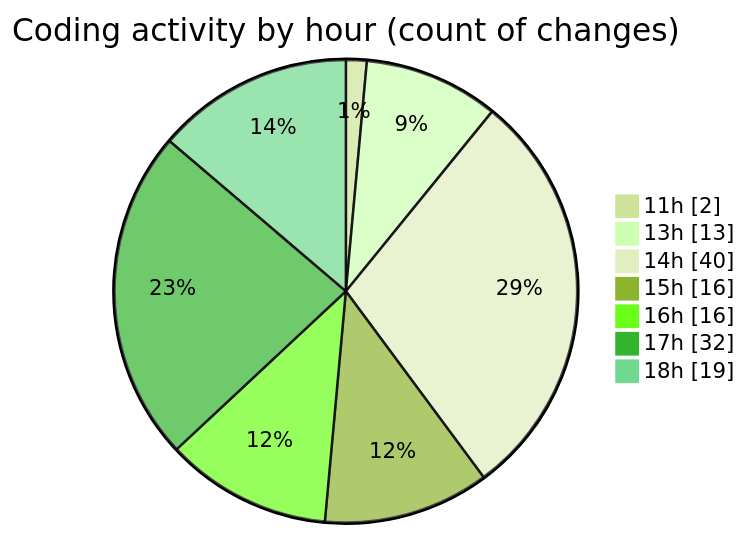
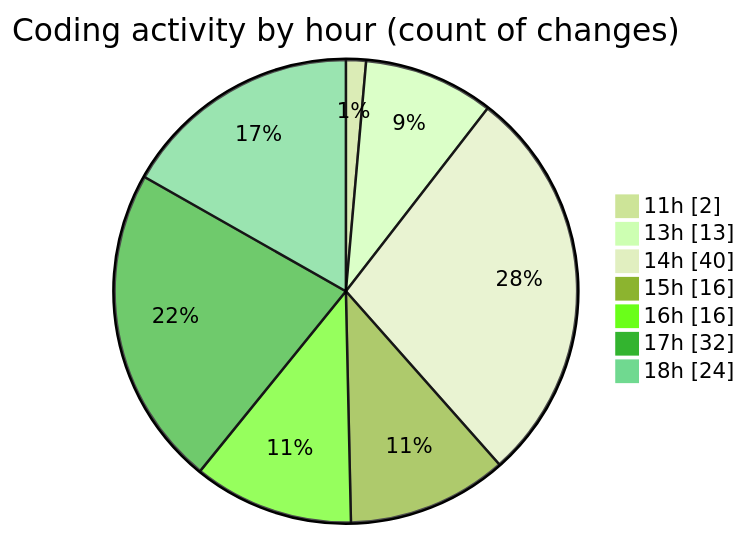
One commit to nxtqubesakshisongat/code-tracking changed the second of 2 diagrams in 2026-03-22/nxtqube_webapp/README.md. Above: the diagram before and after it, drawn with Mermaid (forest theme). The commit also changed other lines of this file and 1 other file, not shown here.

````diff
--- a/2026-03-22/nxtqube_webapp/README.md
+++ b/2026-03-22/nxtqube_webapp/README.md
@@ -44,11 +49,11 @@
 ```mermaid
 pie showData
 title Coding activity by hour (count of changes)
 "11h" : 2
 "13h" : 13
 "14h" : 40
 "15h" : 16
 "16h" : 16
 "17h" : 32
-"18h" : 19
+"18h" : 24
 ```
````
